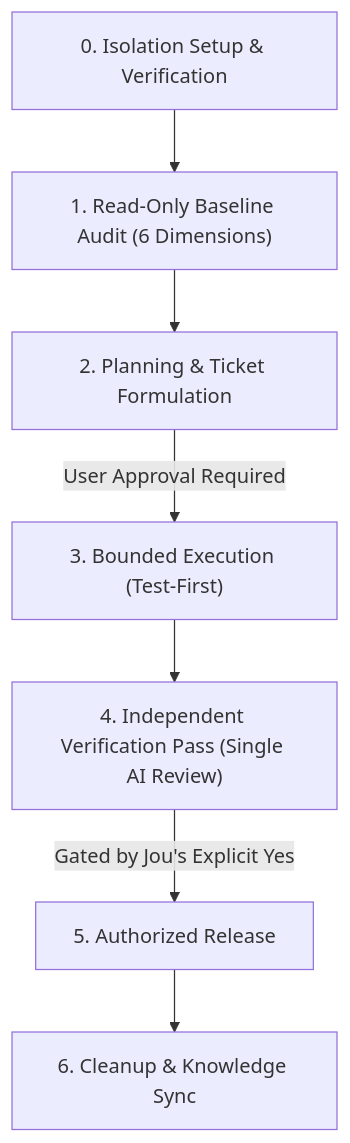
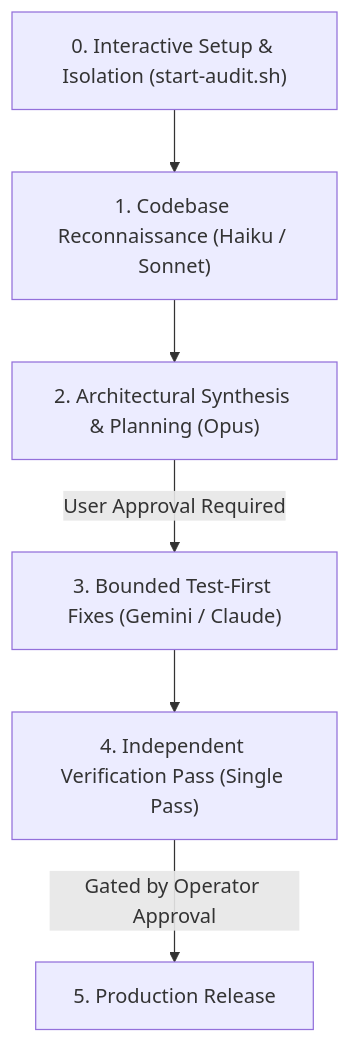
One commit to Jooubie/Audit-skill changed the diagram in SKILL.md. Above: the diagram before and after it, drawn with Mermaid. The commit also changed other lines of this file and 6 other files, not shown here.

Commit message:
feat(ux): add start-audit.sh bootstrap, Obsidian-native frontmatter, and smart commercial README

````diff
--- a/SKILL.md
+++ b/SKILL.md
@@ -24,9 +32,8 @@
 ```mermaid
 flowchart TD
-    P0["0. Isolation Setup & Verification"] --> P1["1. Read-Only Baseline Audit (6 Dimensions)"]
-    P1 --> P2["2. Planning & Ticket Formulation"]
-    P2 -->|User Approval Required| P3["3. Bounded Execution (Test-First)"]
-    P3 --> P4["4. Independent Verification Pass (Single AI Review)"]
-    P4 -->|Gated by Jou's Explicit Yes| P5["5. Authorized Release"]
-    P5 --> P6["6. Cleanup & Knowledge Sync"]
+    P0["0. Interactive Setup & Isolation (start-audit.sh)"] --> P1["1. Codebase Reconnaissance (Haiku / Sonnet)"]
+    P1 --> P2["2. Architectural Synthesis & Planning (Opus)"]
+    P2 -->|User Approval Required| P3["3. Bounded Test-First Fixes (Gemini / Claude)"]
+    P3 --> P4["4. Independent Verification Pass (Single Pass)"]
+    P4 -->|Gated by Operator Approval| P5["5. Production Release"]
 ```
````
